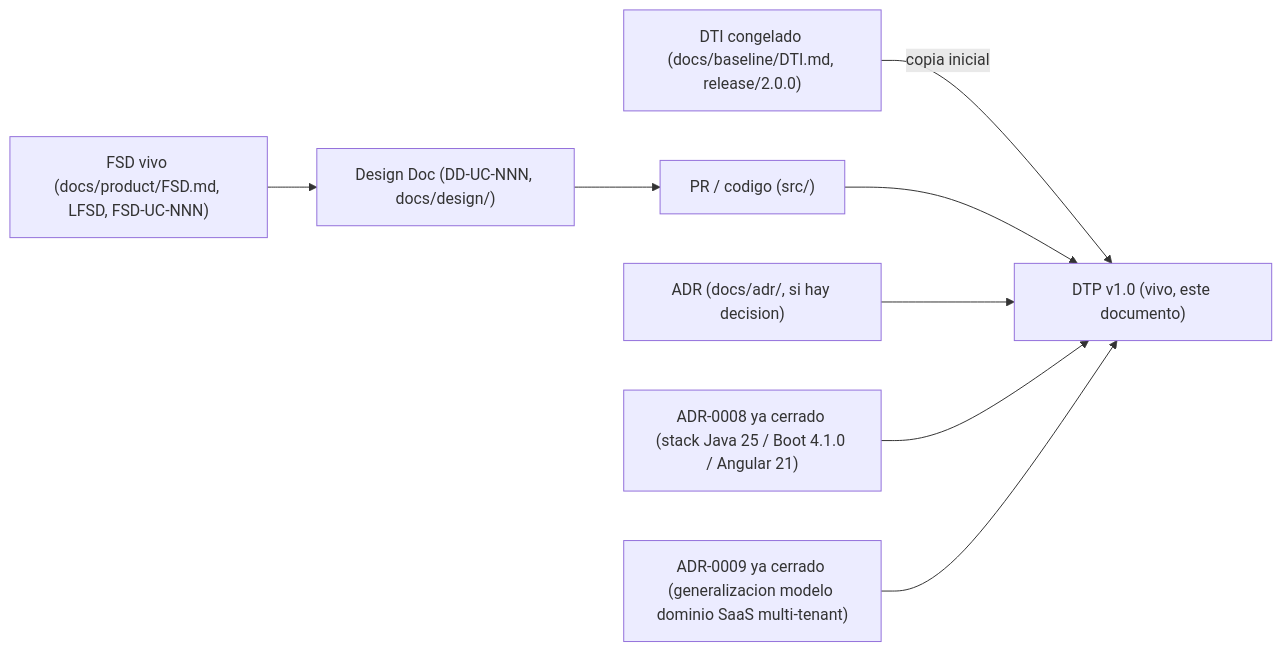
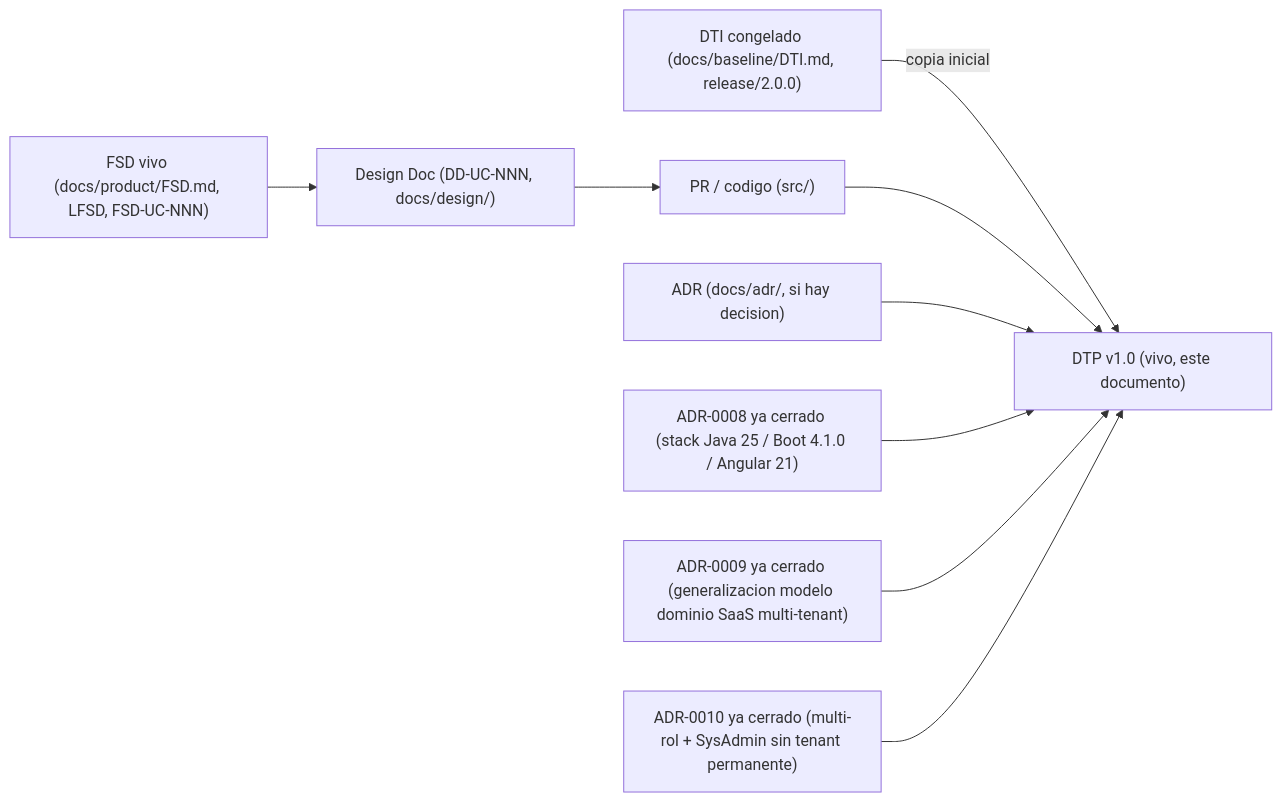
Before and after one commit to aspeti/edusync_m4: the diagram in docs/product/DTP.md, drawn with Mermaid. The commit also changed other lines of this file and 5 other files, not shown here.

````diff
--- a/docs/product/DTP.md
+++ b/docs/product/DTP.md
@@ -46,10 +46,11 @@
 ```mermaid
 flowchart LR
   DTI["DTI congelado (docs/baseline/DTI.md, release/2.0.0)"] -->|copia inicial| DTP["DTP v1.0 (vivo, este documento)"]
   FSDv["FSD vivo (docs/product/FSD.md, LFSD, FSD-UC-NNN)"] --> DD["Design Doc (DD-UC-NNN, docs/design/)"]
   DD --> Code["PR / codigo (src/)"]
   Code --> DTP
   ADR["ADR (docs/adr/, si hay decision)"] --> DTP
   ADR8["ADR-0008 ya cerrado (stack Java 25 / Boot 4.1.0 / Angular 21)"] --> DTP
   ADR9["ADR-0009 ya cerrado (generalizacion modelo dominio SaaS multi-tenant)"] --> DTP
+  ADR10["ADR-0010 ya cerrado (multi-rol + SysAdmin sin tenant permanente)"] --> DTP
 ```
````
